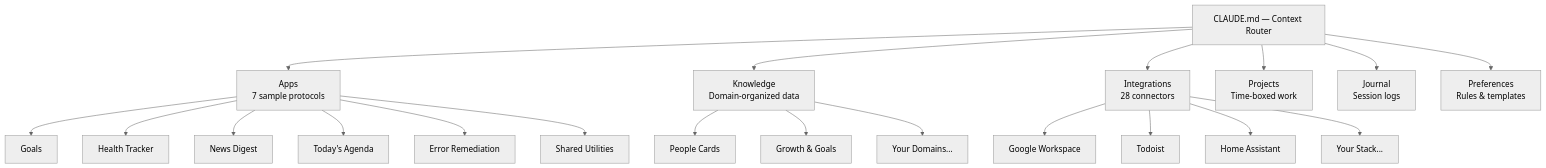
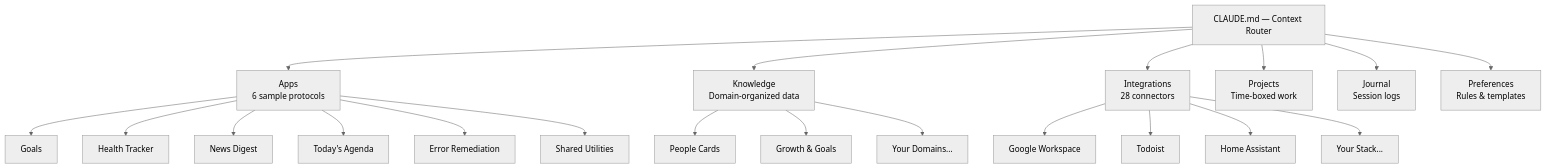
The diagram in README.md (Ashkaan/contextium), drawn with Mermaid (neutral theme) before and after one commit. The commit also changed other lines of this file and 72 other files, not shown here.

````diff
--- a/README.md
+++ b/README.md
@@ -75,27 +83,27 @@
 ```mermaid
 graph TD
     Router["CLAUDE.md — Context Router"]
 
-    Router --> Apps["Apps<br/>7 sample protocols"]
+    Router --> Apps["Apps<br/>6 sample protocols"]
     Router --> Knowledge["Knowledge<br/>Domain-organized data"]
     Router --> Integrations["Integrations<br/>28 connectors"]
     Router --> Projects["Projects<br/>Time-boxed work"]
     Router --> Journal["Journal<br/>Session logs"]
     Router --> Preferences["Preferences<br/>Rules & templates"]
 
     Apps --> A1["Goals"]
     Apps --> A2["Health Tracker"]
     Apps --> A3["News Digest"]
     Apps --> A4["Today's Agenda"]
     Apps --> A5["Error Remediation"]
     Apps --> A6["Shared Utilities"]
 
     Knowledge --> K1["People Cards"]
     Knowledge --> K2["Growth & Goals"]
     Knowledge --> K3["Your Domains..."]
 
     Integrations --> I1["Google Workspace"]
     Integrations --> I2["Todoist"]
     Integrations --> I3["Home Assistant"]
     Integrations --> I4["Your Stack..."]
 ```
````
